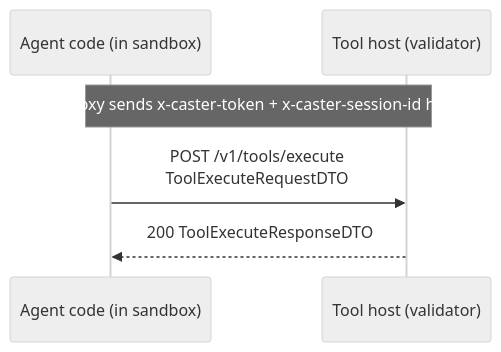
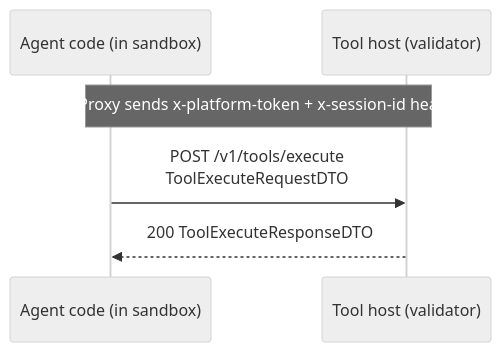
Before and after one commit to taolumberjack/harnyx: the sixth of 7 diagrams in docs/api/flows.md, drawn with Mermaid (neutral theme). The commit also changed other lines of this file and 76 other files, not shown here.

````diff
--- a/docs/api/flows.md
+++ b/docs/api/flows.md
@@ -160,9 +160,9 @@
 ```mermaid
 sequenceDiagram
   participant A as Agent code (in sandbox)
   participant H as Tool host (validator)
 
-  Note over A,H: ToolProxy sends x-caster-token + x-caster-session-id headers
+  Note over A,H: ToolProxy sends x-platform-token + x-session-id headers
   A->>H: POST /v1/tools/execute<br/>ToolExecuteRequestDTO
   H-->>A: 200 ToolExecuteResponseDTO
 ```
````
